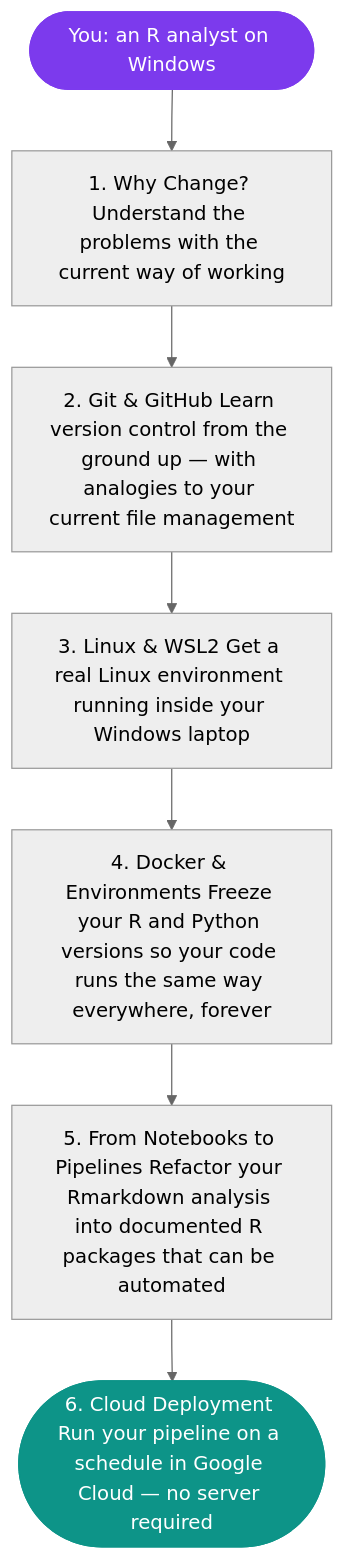
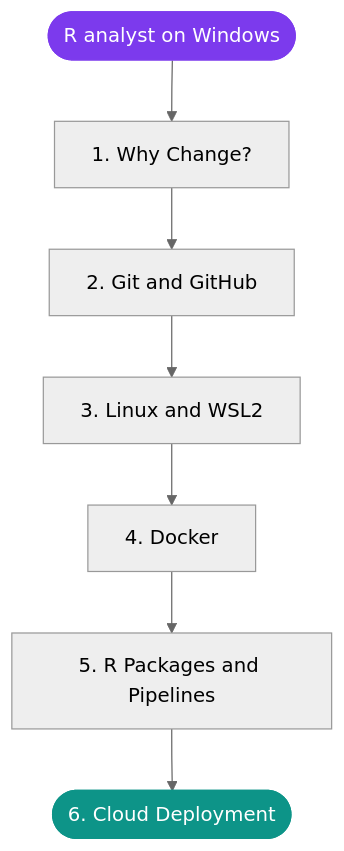
The second of 2 diagrams in docs/index.md (Ch3w3y/docker_gcp), drawn with Mermaid (neutral theme) before and after one commit. The commit also changed other lines of this file and 17 other files, not shown here.

First line of the commit message:
Add AMR surveillance example pipeline and fix index diagram layout

````diff
--- a/docs/index.md
+++ b/docs/index.md
@@ -63,21 +59,15 @@
 ```mermaid
 flowchart TD
-    START(["You: an R analyst on Windows"])
+    START(["R analyst on Windows"])
+    A["1. Why Change?"]
+    B["2. Git and GitHub"]
+    C["3. Linux and WSL2"]
+    D["4. Docker"]
+    E["5. R Packages and Pipelines"]
+    F(["6. Cloud Deployment"])
 
-    START --> A
-
-    A["1. Why Change? Understand the problems with the current way of working"]
-
-    A --> B["2. Git & GitHub Learn version control from the ground up — with analogies to your current file management"]
-
-    B --> C["3. Linux & WSL2 Get a real Linux environment running inside your Windows laptop"]
-
-    C --> D["4. Docker & Environments Freeze your R and Python versions so your code runs the same way everywhere, forever"]
-
-    D --> E["5. From Notebooks to Pipelines Refactor your Rmarkdown analysis into documented R packages that can be automated"]
-
-    E --> F(["6. Cloud Deployment Run your pipeline on a schedule in Google Cloud — no server required"])
+    START --> A --> B --> C --> D --> E --> F
 
     style START fill:#7c3aed,color:#fff,stroke:#7c3aed
     style F fill:#0d9488,color:#fff,stroke:#0d9488
 ```
````
